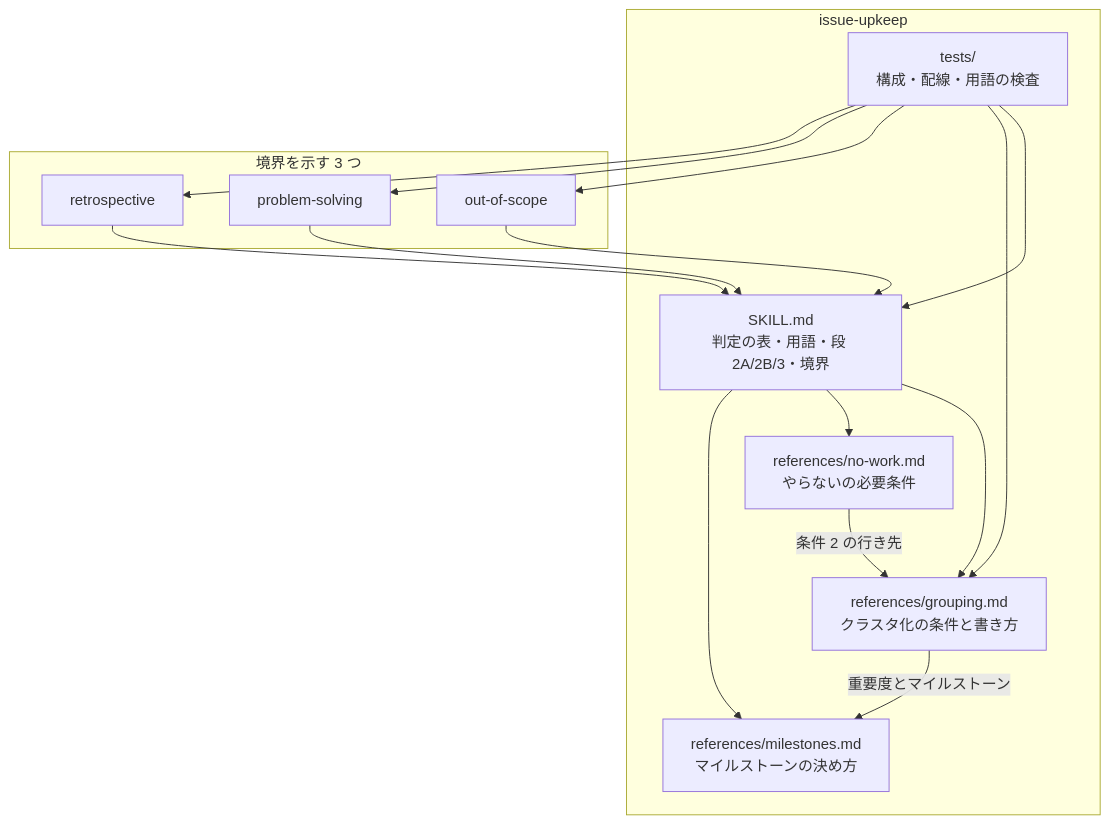
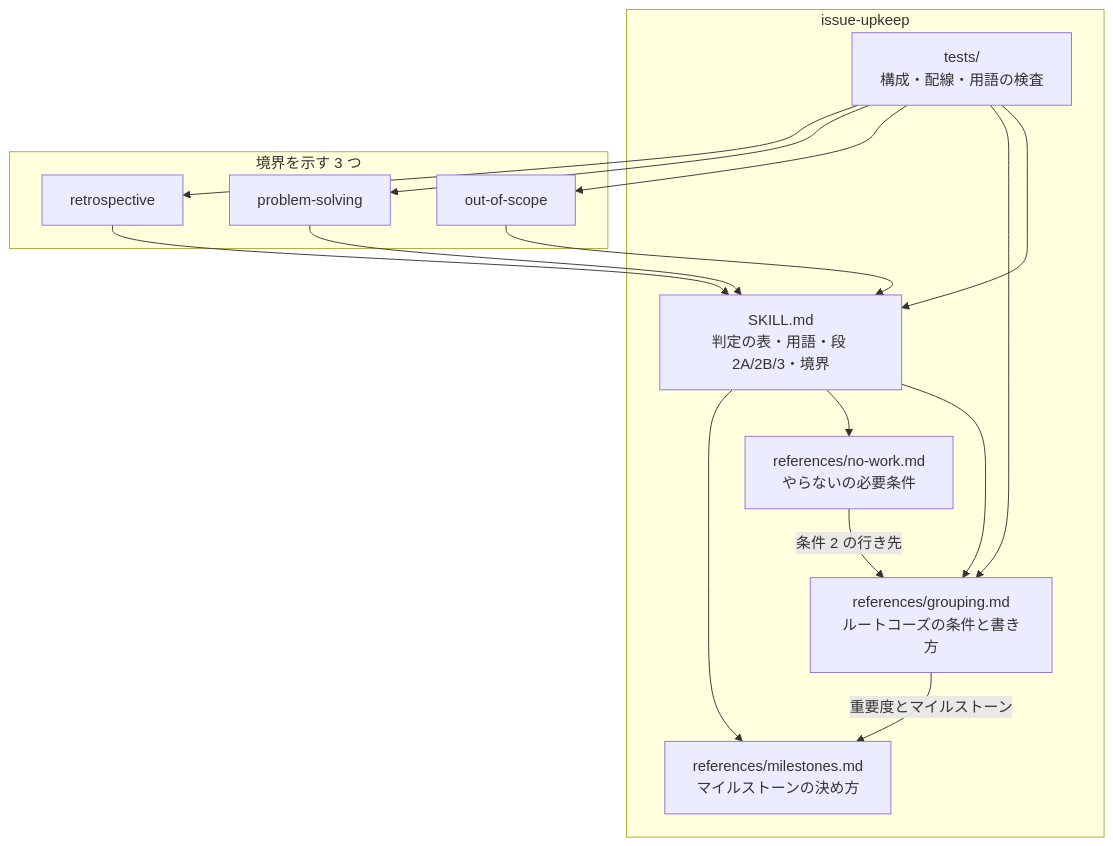
One commit to devbasex/ai-plugins changed the second of 3 diagrams in issues/issue-712-713-design.md. Above: the diagram before and after it, drawn with Mermaid. The commit also changed other lines of this file and 2 other files, not shown here.

````diff
--- a/issues/issue-712-713-design.md
+++ b/issues/issue-712-713-design.md
@@ -301,28 +314,28 @@
 ```mermaid
 graph TD
     subgraph upkeep["issue-upkeep"]
         SKILL["SKILL.md<br/>判定の表・用語・段 2A/2B/3・境界"]
-        GROUPING["references/grouping.md<br/>クラスタ化の条件と書き方"]
+        GROUPING["references/grouping.md<br/>ルートコーズの条件と書き方"]
         NOWORK["references/no-work.md<br/>やらないの必要条件"]
         MS["references/milestones.md<br/>マイルストーンの決め方"]
         TEST["tests/<br/>構成・配線・用語の検査"]
     end
     subgraph others["境界を示す 3 つ"]
         OOS["out-of-scope"]
         PS["problem-solving"]
         RETRO["retrospective"]
     end
     SKILL --> GROUPING
     SKILL --> NOWORK
     SKILL --> MS
     NOWORK -->|条件 2 の行き先| GROUPING
     GROUPING -->|重要度とマイルストーン| MS
     TEST --> SKILL
     TEST --> GROUPING
     TEST --> OOS
     TEST --> PS
     TEST --> RETRO
     OOS --> SKILL
     PS --> SKILL
     RETRO --> SKILL
 ```
````
